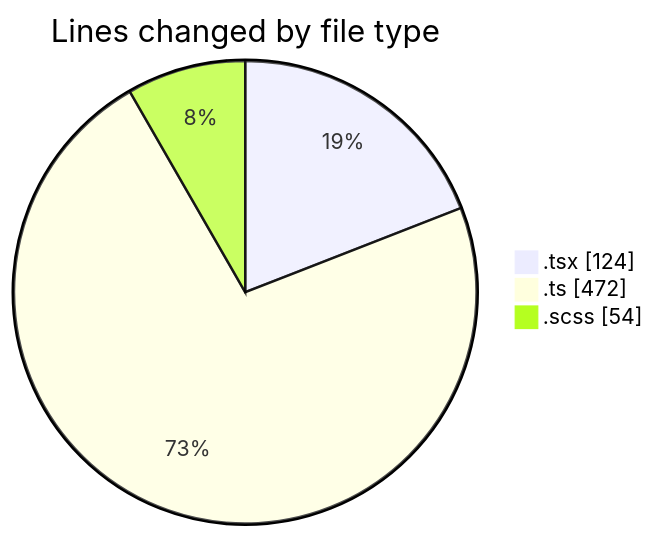
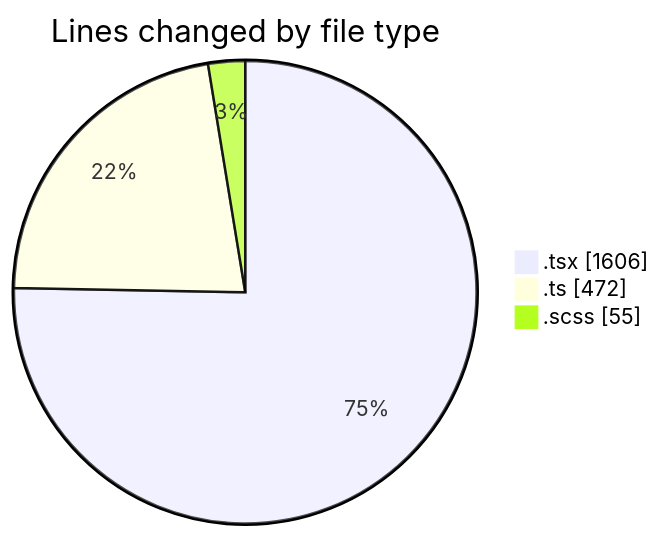
One commit to momahboobian/code-tracking changed the first of 2 diagrams in 2025-10-07/cda/README.md. Above: the diagram before and after it, drawn with Mermaid. The commit also changed other lines of this file and 1 other file, not shown here.

````diff
--- a/2025-10-07/cda/README.md
+++ b/2025-10-07/cda/README.md
@@ -27,7 +28,7 @@
 ```mermaid
 pie showData
 title Lines changed by file type
-".tsx" : 124
+".tsx" : 1606
 ".ts" : 472
-".scss" : 54
+".scss" : 55
 ```
````
